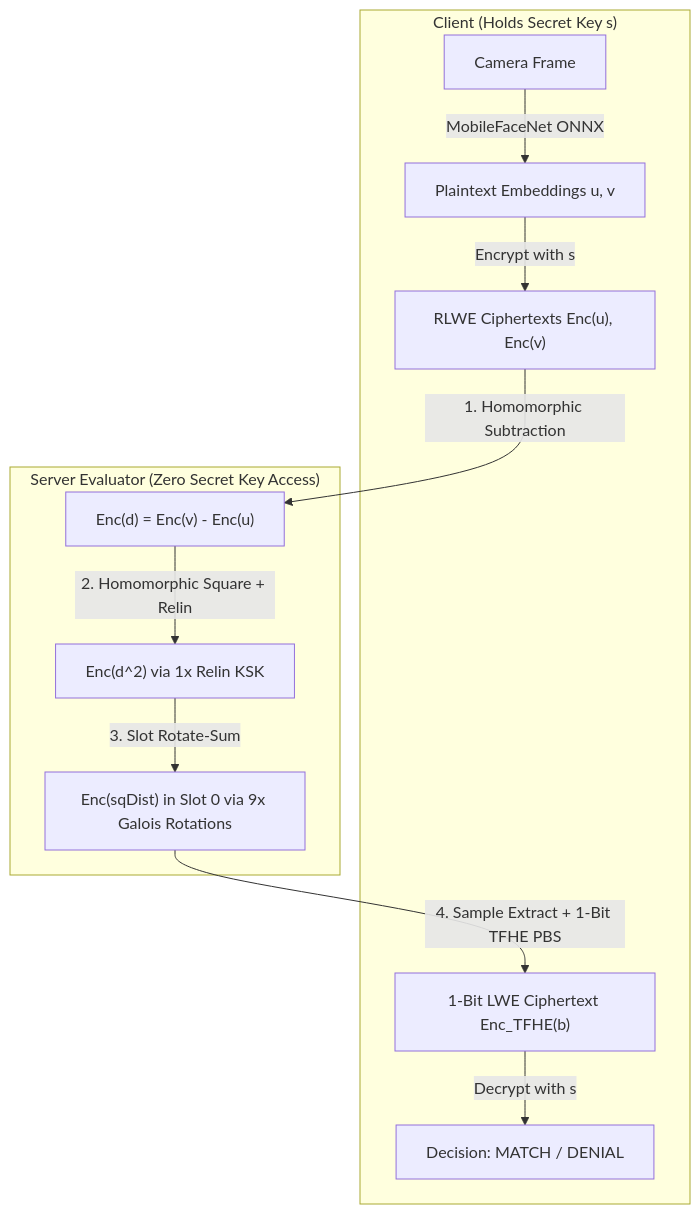
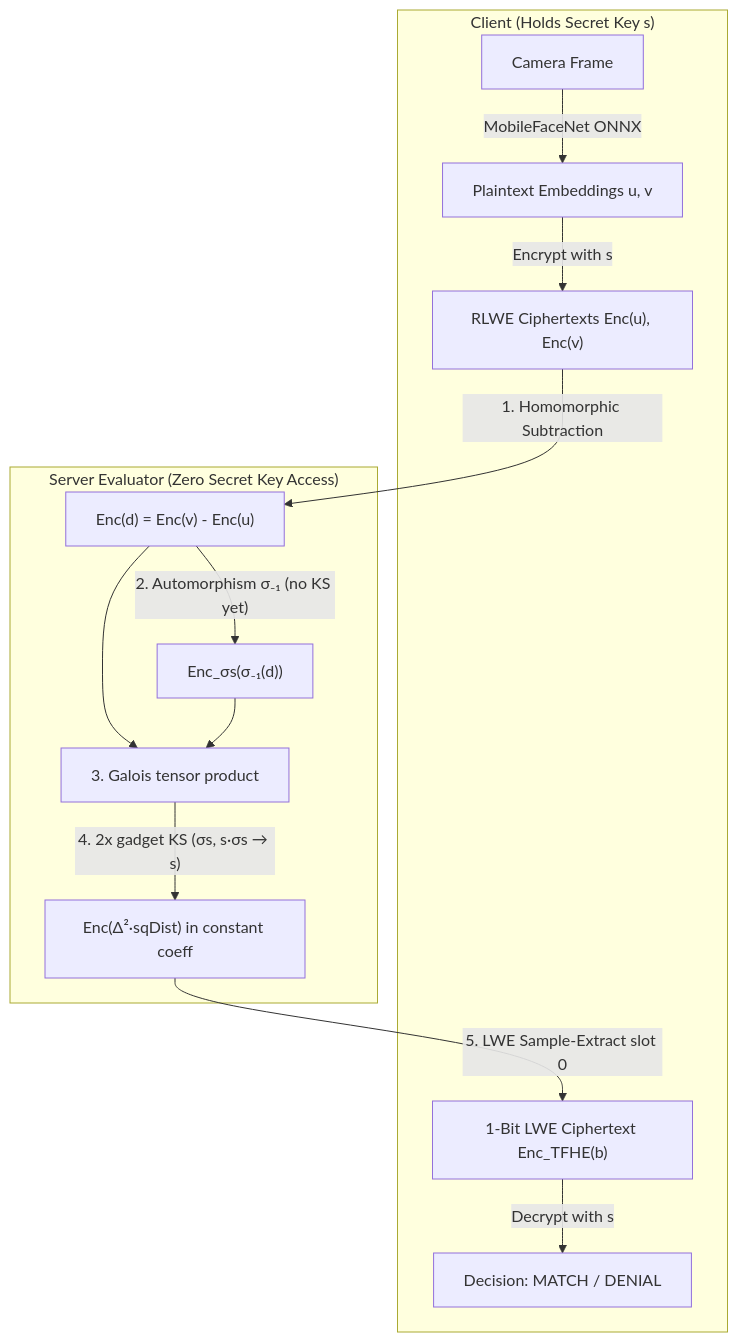
Before and after one commit to nongba0/pocket-fhe: the second of 3 diagrams in README.md, drawn with Mermaid. The commit also changed other lines of this file and 7 other files, not shown here.

Commit message:
fix(fhe): implement exact homomorphic inner product via conjugation tensor f*sigma_{-1}(f) and ground-truth assertions

````diff
--- a/README.md
+++ b/README.md
@@ -63,15 +64,17 @@
 ```mermaid
 graph TD
     subgraph Client ["Client (Holds Secret Key s)"]
         A["Camera Frame"] -->|MobileFaceNet ONNX| B["Plaintext Embeddings u, v"]
         B -->|Encrypt with s| C["RLWE Ciphertexts Enc(u), Enc(v)"]
         H["1-Bit LWE Ciphertext Enc_TFHE(b)"] -->|Decrypt with s| I["Decision: MATCH / DENIAL"]
     end
 
     subgraph Server ["Server Evaluator (Zero Secret Key Access)"]
         C -->|1. Homomorphic Subtraction| D["Enc(d) = Enc(v) - Enc(u)"]
-        D -->|2. Homomorphic Square + Relin| E["Enc(d^2) via 1x Relin KSK"]
-        E -->|3. Slot Rotate-Sum| F["Enc(sqDist) in Slot 0 via 9x Galois Rotations"]
-        F -->|4. Sample Extract + 1-Bit TFHE PBS| H
+        D -->|"2. Automorphism σ₋₁ (no KS yet)"| E["Enc_σs(σ₋₁(d))"]
+        D --> F["3. Galois tensor product"]
+        E --> F
+        F -->|"4. 2x gadget KS (σs, s·σs → s)"| G2["Enc(Δ²·sqDist) in constant coeff"]
+        G2 -->|5. LWE Sample-Extract slot 0| H
     end
 ```
````
